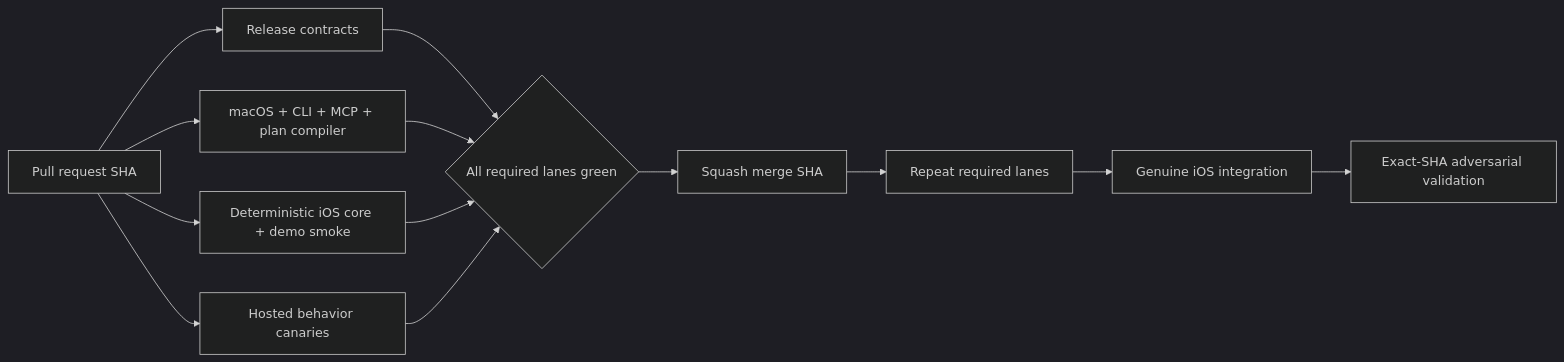
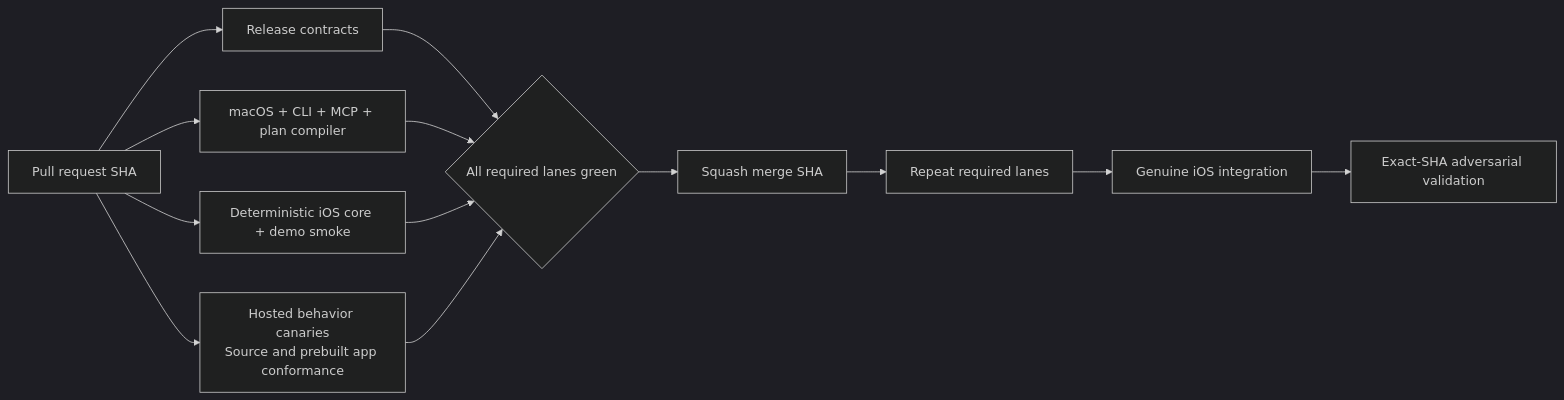
The third of 3 diagrams in docs/diagrams/test-runner.md (TheButtonHeist/TheButtonHeist), drawn with Mermaid (dark theme) before and after one commit. The commit also changed 31 other files, not shown here.

````diff
--- a/docs/diagrams/test-runner.md
+++ b/docs/diagrams/test-runner.md
@@ -91,15 +91,15 @@
 ```mermaid
 flowchart LR
     PR["Pull request SHA"] --> Contracts["Release contracts"]
     PR --> Mac["macOS + CLI + MCP + plan compiler"]
     PR --> Core["Deterministic iOS core + demo smoke"]
-    PR --> Hosted["Hosted behavior canaries"]
+    PR --> Hosted["Hosted behavior canaries<br/>Source and prebuilt app conformance"]
     Contracts --> Merge{"All required lanes green"}
     Mac --> Merge
     Core --> Merge
     Hosted --> Merge
     Merge --> Main["Squash merge SHA"]
     Main --> MainLanes["Repeat required lanes"]
     MainLanes --> Integration["Genuine iOS integration"]
     Integration --> Exact["Exact-SHA adversarial validation"]
 ```
````
